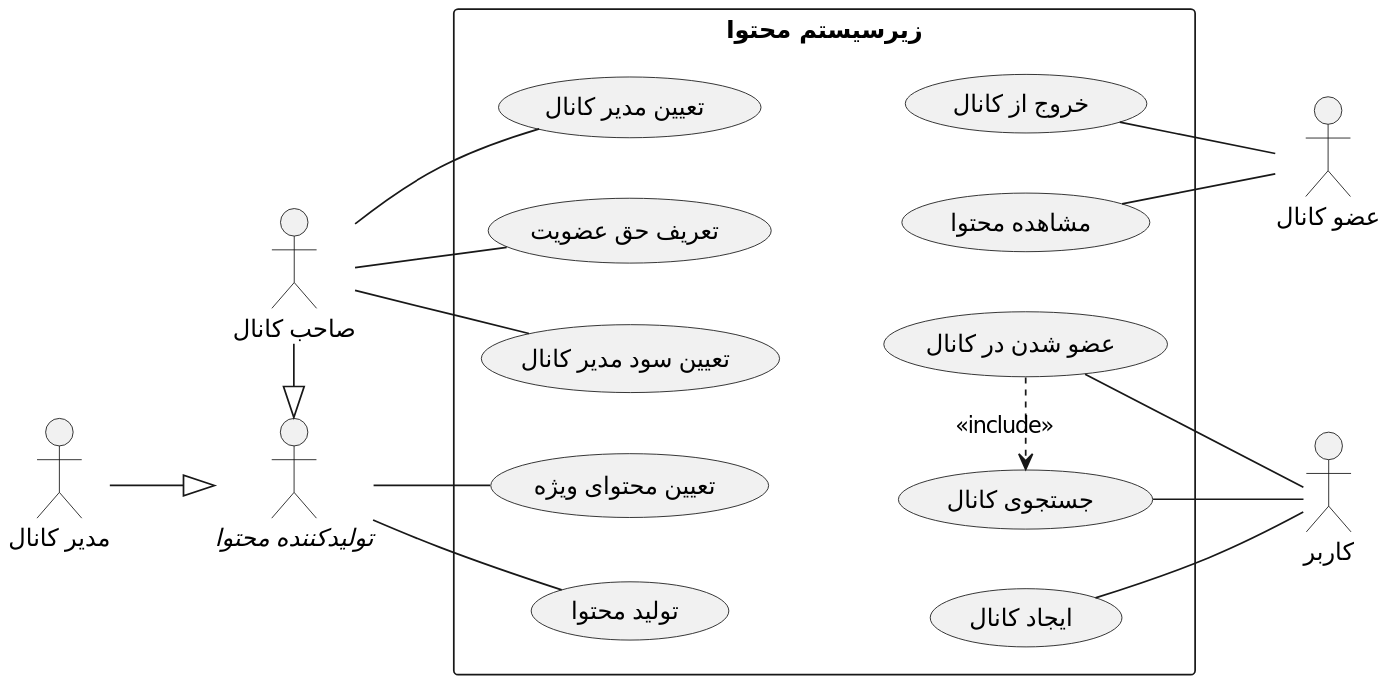
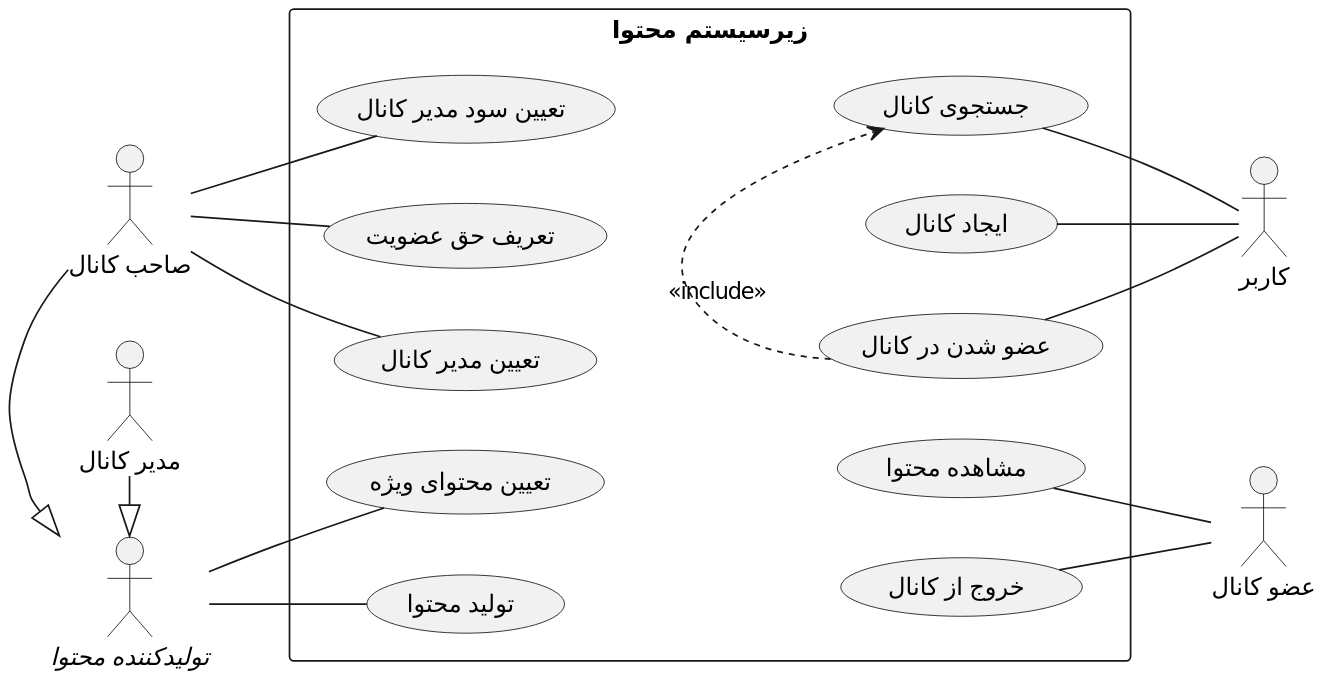
Before and after one commit to soleyman79/Qasedak: the diagram in PlantUML/Usecase Diagram/ContentSubsystem.puml, drawn with PlantUML. The commit also changed 1 other file, not shown here.

```diff
--- a/PlantUML/Usecase Diagram/ContentSubsystem.puml
+++ b/PlantUML/Usecase Diagram/ContentSubsystem.puml
@@ -1,56 +1,56 @@
 @startuml content_subsystem
 scale 2
 left to right direction
 skinparam ActorFontName B Nazanin
 skinparam UsecaseFontName B Nazanin
 skinparam TitleFontName B Nazanin
 
 rectangle "زیرسیستم محتوا"{
     usecase "تعریف حق عضویت" as fee
     usecase "مشاهده محتوا" as see
     usecase "تعیین مدیر کانال" as raise
     usecase "خروج از کانال" as delete
     usecase "تعیین سود مدیر کانال" as salary
     usecase "جستجوی کانال" as search
     usecase "تولید محتوا" as createC
     usecase "ایجاد کانال" as start
     usecase "تعیین محتوای ویژه" as specialize
     usecase "عضو شدن در کانال" as join
 }
 
 
 actor "کاربر" as user
 actor "عضو کانال" as member
 actor "//تولیدکننده محتوا//" as producer
 actor "مدیر کانال" as admin
 actor "صاحب کانال" as owner
 
-admin --|> producer
+admin -|> producer
 owner -|> producer
 
 owner -- fee
 see -- member
 fee -[hidden]- see
 owner -- raise
 delete -- member
 raise -[hidden]- delete
 owner -- salary
 search -- user
 salary -[hidden]- search
 producer -- createC
 start -- user
 createC -[hidden]- start
 producer -- specialize
 join -- user
 
 join .> search : <<include>>
 
 ' together {
 ' fee
 ' raise
 ' salary
 ' create
 ' specialize
 ' }
 
 @enduml
```
